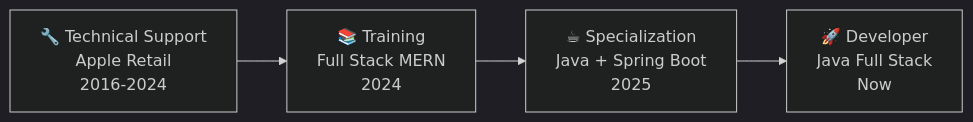
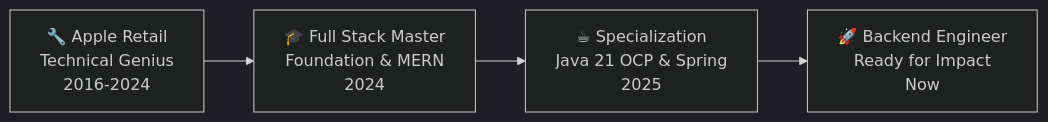
Before and after one commit to svonw/svonw: the diagram in README.md, drawn with Mermaid (dark theme). The commit also changed other lines of this file, not shown here.

````diff
--- a/README.md
+++ b/README.md
@@ -71,6 +63,7 @@
 ```mermaid
 graph LR
-    A[🔧 Technical Support<br/>Apple Retail<br/>2016-2024] --> B[📚 Training<br/>Full Stack MERN<br/>2024]
-    B --> C[☕ Specialization<br/>Java + Spring Boot<br/>2025]
-    C --> D[🚀 Developer<br/>Java Full Stack<br/>Now]
+    A[🔧 Apple Retail<br/>Technical Genius<br/>2016-2024] --> B[🎓 Full Stack Master<br/>Foundation & MERN<br/>2024]
+    B --> C[☕ Specialization<br/>Java 21 OCP & Spring<br/>2025]
+    C --> D[🚀 Backend Engineer<br/>Ready for Impact<br/>Now]
+
 ```
````
